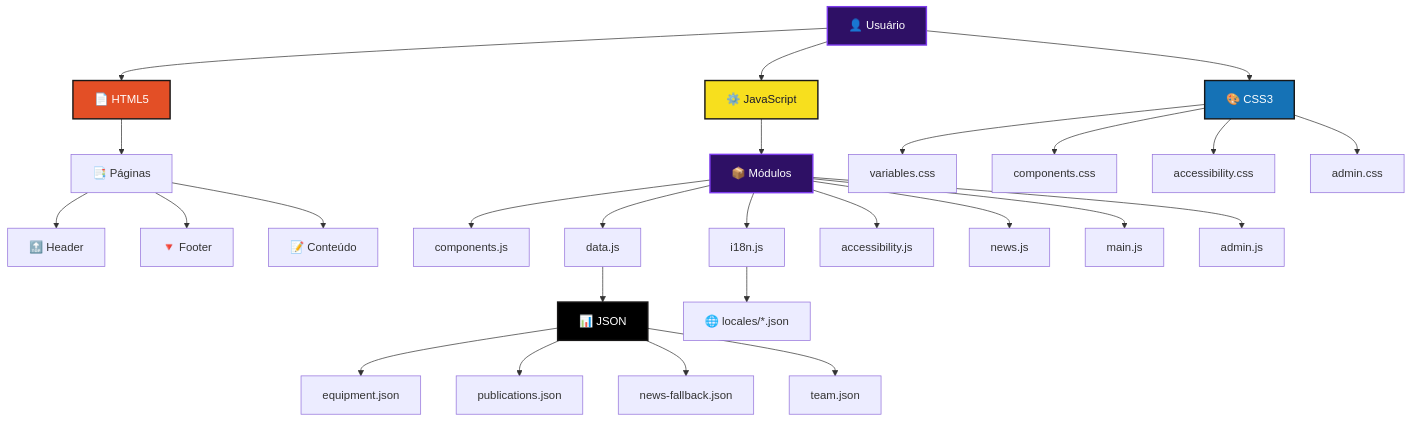
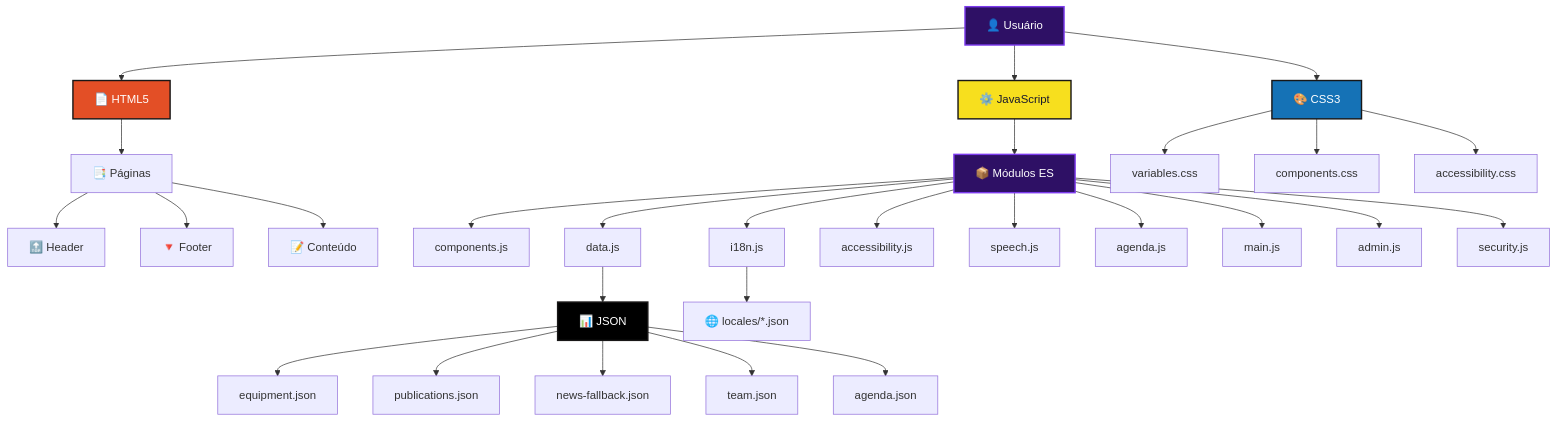
One commit to LATECE-UFRN/lateceufrn changed the second of 4 diagrams in README.md. Above: the diagram before and after it, drawn with Mermaid. The commit also changed other lines of this file, not shown here.

````diff
--- a/README.md
+++ b/README.md
@@ -455,39 +686,41 @@
 ```mermaid
 flowchart TD
     A[👤 Usuário] --> B[📄 HTML5]
     A --> C[🎨 CSS3]
     A --> D[⚙️ JavaScript]
 
     B --> E[📑 Páginas]
     E --> F[🔝 Header]
     E --> G[🔻 Footer]
     E --> H[📝 Conteúdo]
 
-    D --> I[📦 Módulos]
+    D --> I[📦 Módulos ES]
     I --> J[components.js]
     I --> K[data.js]
     I --> L[i18n.js]
     I --> M[accessibility.js]
-    I --> N[news.js]
-    I --> O[main.js]
-    I --> P[admin.js]
+    I --> N[speech.js]
+    I --> O[agenda.js]
+    I --> P[main.js]
+    I --> Q[admin.js]
+    I --> R[security.js]
 
-    K --> Q[📊 JSON]
-    L --> R[🌐 locales/*.json]
-    Q --> S[equipment.json]
-    Q --> T[publications.json]
-    Q --> U[news-fallback.json]
-    Q --> V[team.json]
+    K --> S[📊 JSON]
+    L --> T[🌐 locales/*.json]
+    S --> U[equipment.json]
+    S --> V[publications.json]
+    S --> W[news-fallback.json]
+    S --> X[team.json]
+    S --> Y[agenda.json]
 
-    C --> W[variables.css]
-    C --> X[components.css]
-    C --> Y[accessibility.css]
-    C --> Z[admin.css]
+    C --> Z[variables.css]
+    C --> AA[components.css]
+    C --> AB[accessibility.css]
 
     style A fill:#2E1065,stroke:#7C3AED,stroke-width:2px,color:#fff
     style B fill:#E34F26,stroke:#181717,stroke-width:2px,color:#fff
     style C fill:#1572B6,stroke:#181717,stroke-width:2px,color:#fff
     style D fill:#F7DF1E,stroke:#181717,stroke-width:2px,color:#1a1a2e
     style I fill:#2E1065,stroke:#7C3AED,stroke-width:2px,color:#fff
-    style Q fill:#000000,stroke:#181717,stroke-width:2px,color:#fff
+    style S fill:#000000,stroke:#181717,stroke-width:2px,color:#fff
 ```
````
